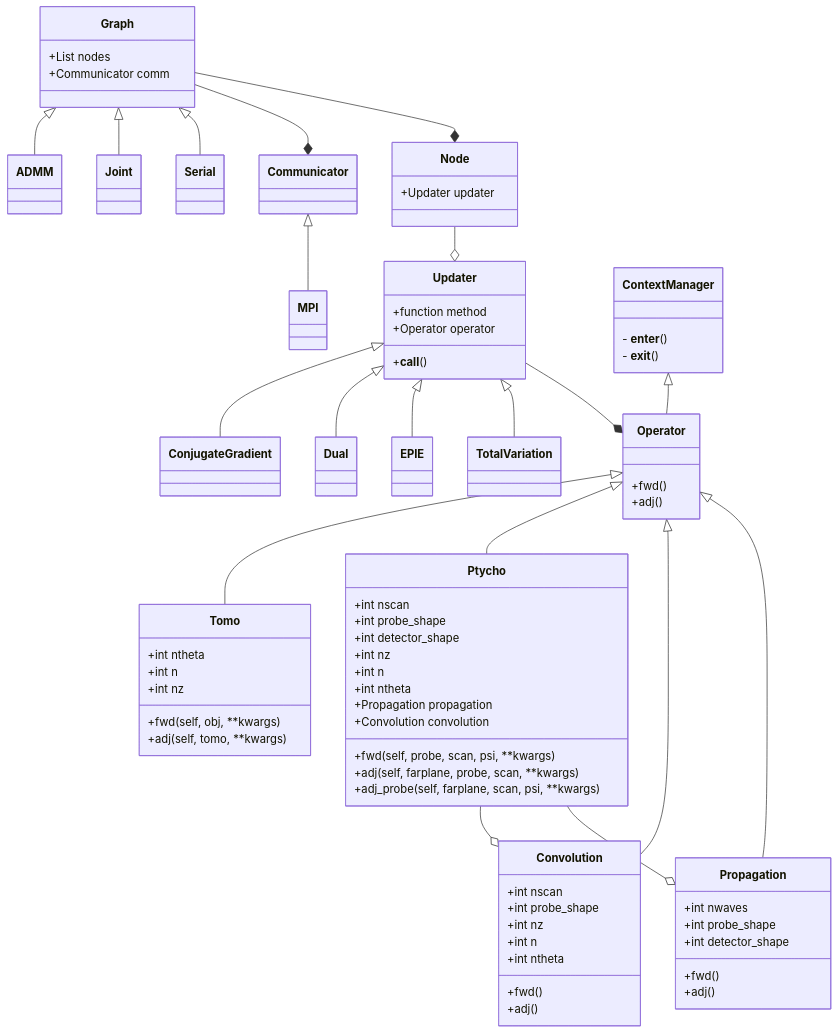
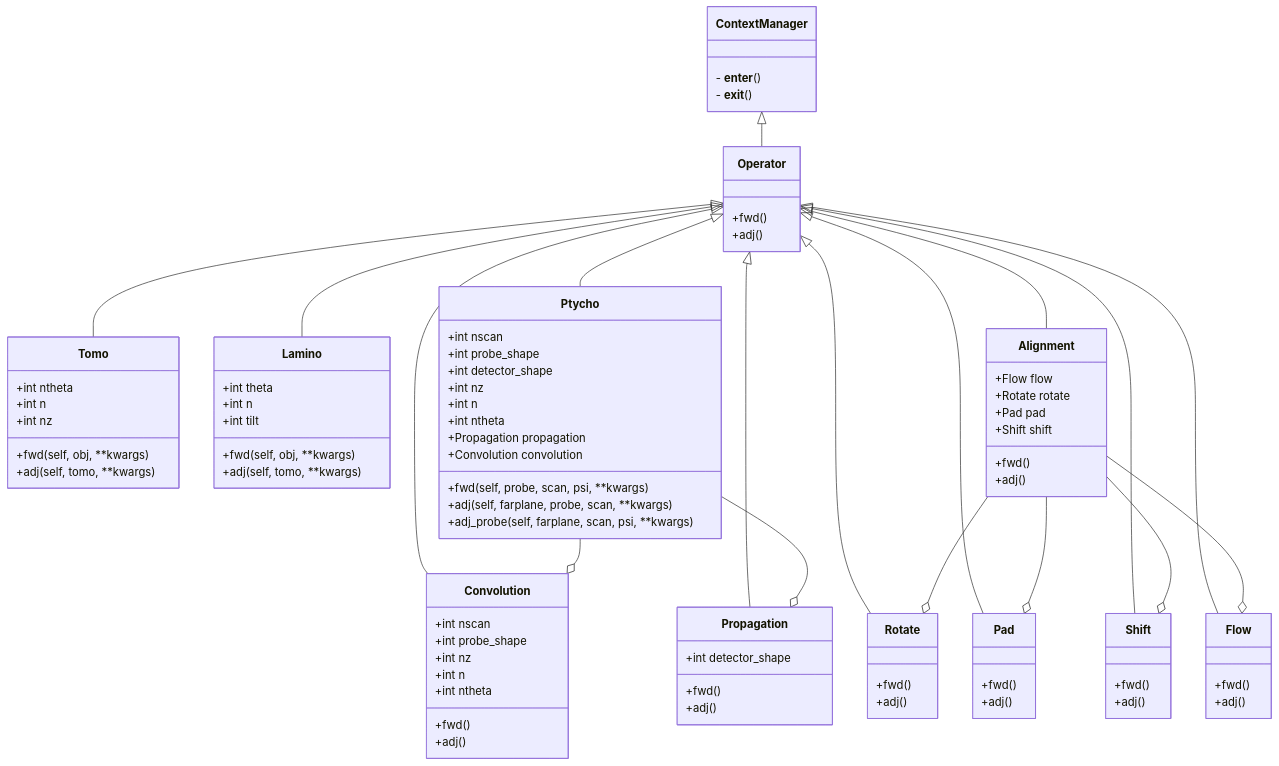
The diagram in docs/source/api/api-class-diagram.mmd (AdvancedPhotonSource/tike), drawn with Mermaid before and after one commit. The commit also changed 5 other files, not shown here.

```diff
--- a/docs/source/api/api-class-diagram.mmd
+++ b/docs/source/api/api-class-diagram.mmd
@@ -1,94 +1,109 @@
 classDiagram
-
-class Graph {
-  +List nodes
-  +Communicator comm
-}
-
-class Node{
-  +Updater updater
-}
-
-Graph <|-- ADMM
-Graph <|-- Joint
-Graph <|-- Serial
-
-Graph --* Communicator
-Graph --* Node
-
-Communicator <|-- MPI
-
-Node --o Updater
-
-class Updater {
-  +__call__()
-  +function method
-  +Operator operator
-}
 
 class Operator {
   +fwd()
   +adj()
 }
 
 class ContextManager {
   - __enter__()
   - __exit__()
+}
+
+class Tomo {
+  +int ntheta
+  +int n
+  +int nz
+  +fwd(self, obj, **kwargs)
+  +adj(self, tomo, **kwargs)
+}
+
+class Lamino {
+  +int theta
+  +int n
+  +int tilt
+  +fwd(self, obj, **kwargs)
+  +adj(self, tomo, **kwargs)
 }
 
 class Ptycho {
   +int nscan
   +int probe_shape
   +int detector_shape
   +int nz
   +int n
   +int ntheta
   +Propagation propagation
   +Convolution convolution
   +fwd(self, probe, scan, psi, **kwargs)
   +adj(self, farplane, probe, scan, **kwargs)
   +adj_probe(self, farplane, scan, psi, **kwargs)
 }
 
-class Tomo {
-  +int ntheta
-  +int n
-  +int nz
-  +fwd(self, obj, **kwargs)
-  +adj(self, tomo, **kwargs)
-}
+
 
 class Convolution {
   +int nscan
   +int probe_shape
   +int nz
   +int n
   +int ntheta
   +fwd()
   +adj()
 }
 
 class Propagation {
-  +int nwaves
-  +int probe_shape
   +int detector_shape
   +fwd()
   +adj()
 }
 
-Updater <|-- ConjugateGradient
-Updater <|-- Dual
-Updater <|-- EPIE
-Updater <|-- TotalVariation
-
-Updater --* Operator
-
 ContextManager <|-- Operator
 
 Operator <|-- Tomo
+Operator <|-- Lamino
 Operator <|-- Ptycho
 Operator <|-- Convolution
 Operator <|-- Propagation
 
 Ptycho --o Convolution
 Ptycho --o Propagation
+
+Operator <|-- Alignment
+class Alignment {
++Flow flow
++Rotate rotate
++Pad pad
++Shift shift
++fwd()
++adj()
+}
+
+Operator <|-- Rotate
+class Rotate {
++fwd()
++adj()
+}
+
+Operator <|-- Pad
+class Pad {
++fwd()
++adj()
+}
+
+Operator <|-- Flow
+class Flow {
++fwd()
++adj()
+}
+
+Operator <|-- Shift
+class Shift {
++fwd()
++adj()
+}
+
+Alignment --o Rotate
+Alignment --o Pad
+Alignment --o Shift
+Alignment --o Flow
```
